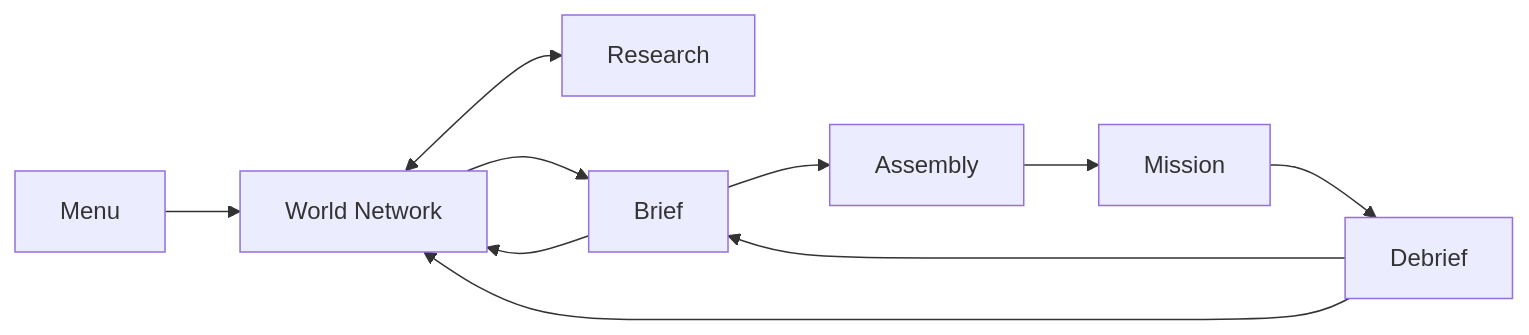
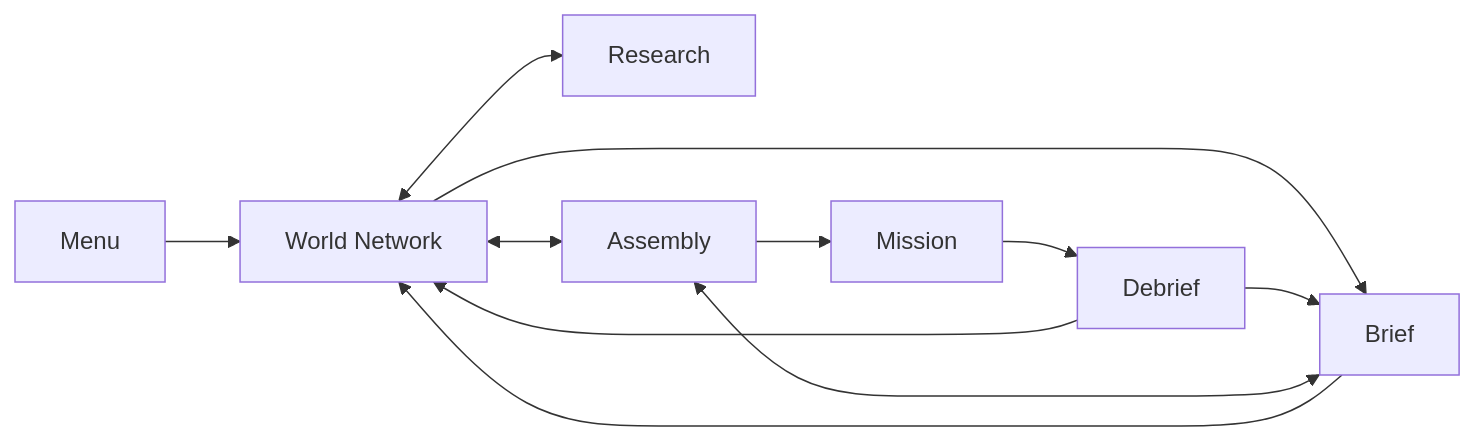
One commit to marco-machado/nexus-reborn changed the diagram in docs/game-design.md. Above: the diagram before and after it, drawn with Mermaid. The commit also changed other lines of this file and 12 other files, not shown here.

````diff
--- a/docs/game-design.md
+++ b/docs/game-design.md
@@ -132,12 +132,13 @@
 ```mermaid
 flowchart LR
     Menu --> WorldNetwork[World Network]
     WorldNetwork <--> Research
+    WorldNetwork <--> Assembly
     WorldNetwork --> Brief
+    Brief <--> Assembly
     Brief --> WorldNetwork
-    Brief --> Assembly
     Assembly --> Mission
     Mission --> Debrief
     Debrief --> WorldNetwork
     Debrief --> Brief
 ```
````
